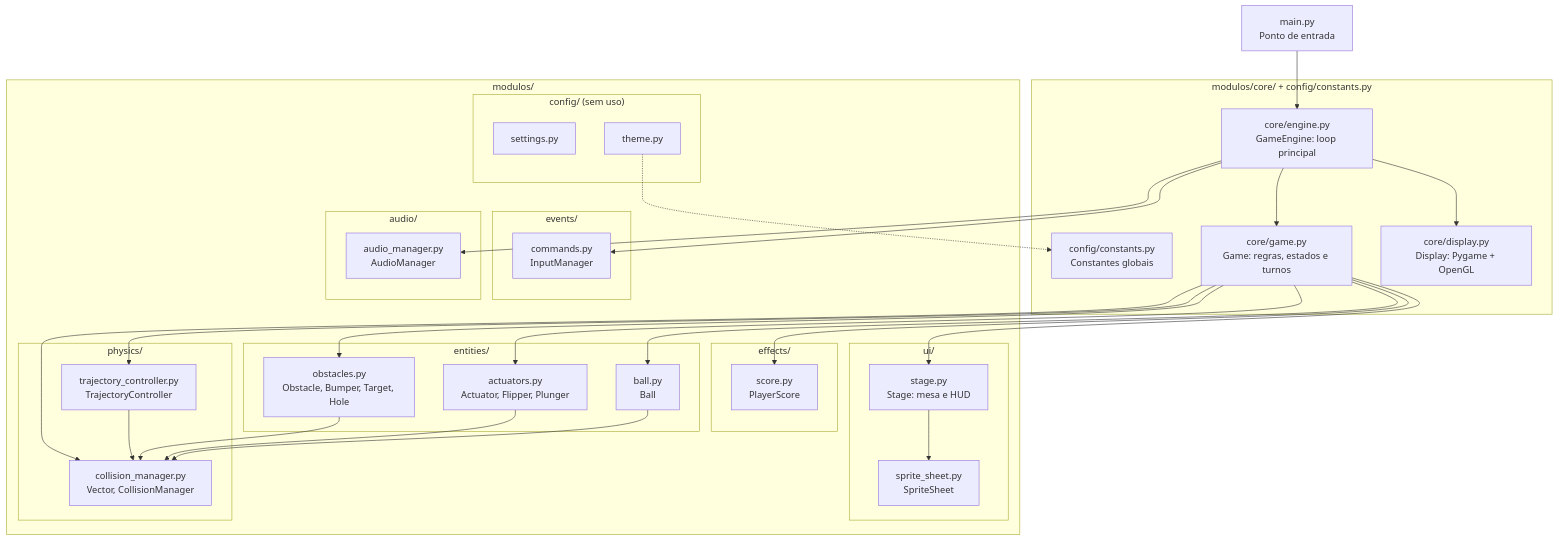
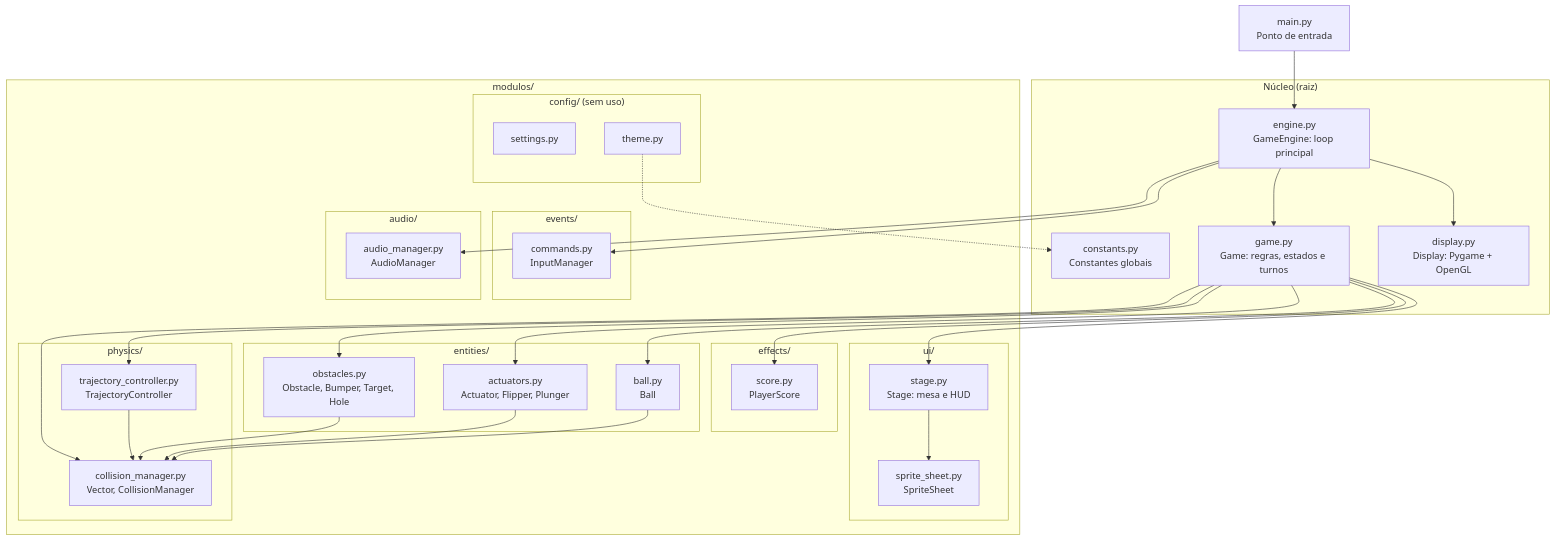
One commit to EthanAbner/TAC-III-Pinball changed the first of 2 diagrams in README.md. Above: the diagram before and after it, drawn with Mermaid. The commit also changed other lines of this file and 13 other files, not shown here.

````diff
--- a/README.md
+++ b/README.md
@@ -109,58 +129,58 @@
 ```mermaid
 flowchart TD
     MAIN["main.py<br/>Ponto de entrada"] --> ENGINE
 
-    subgraph NUCLEO["modulos/core/ + config/constants.py"]
-        ENGINE["core/engine.py<br/>GameEngine: loop principal"]
-        GAME["core/game.py<br/>Game: regras, estados e turnos"]
-        DISPLAY["core/display.py<br/>Display: Pygame + OpenGL"]
-        CONST["config/constants.py<br/>Constantes globais"]
+    subgraph NUCLEO["Núcleo (raiz)"]
+        ENGINE["engine.py<br/>GameEngine: loop principal"]
+        GAME["game.py<br/>Game: regras, estados e turnos"]
+        DISPLAY["display.py<br/>Display: Pygame + OpenGL"]
+        CONST["constants.py<br/>Constantes globais"]
     end
 
     subgraph MODULOS["modulos/"]
         subgraph EVENTS["events/"]
             COMMANDS["commands.py<br/>InputManager"]
         end
         subgraph AUDIO["audio/"]
             AUDIOM["audio_manager.py<br/>AudioManager"]
         end
         subgraph UI["ui/"]
             STAGE["stage.py<br/>Stage: mesa e HUD"]
             SPRITE["sprite_sheet.py<br/>SpriteSheet"]
         end
         subgraph EFFECTS["effects/"]
             SCORE["score.py<br/>PlayerScore"]
         end
         subgraph ENTITIES["entities/"]
             BALL["ball.py<br/>Ball"]
             ACT["actuators.py<br/>Actuator, Flipper, Plunger"]
             OBS["obstacles.py<br/>Obstacle, Bumper, Target, Hole"]
         end
         subgraph PHYSICS["physics/"]
             TRAJ["trajectory_controller.py<br/>TrajectoryController"]
             COLL["collision_manager.py<br/>Vector, CollisionManager"]
         end
         subgraph CONFIG["config/ (sem uso)"]
             SETTINGS["settings.py"]
             THEME["theme.py"]
         end
     end
 
     ENGINE --> DISPLAY
     ENGINE --> GAME
     ENGINE --> COMMANDS
     ENGINE --> AUDIOM
     GAME --> STAGE
     GAME --> SCORE
     GAME --> BALL
     GAME --> ACT
     GAME --> OBS
     GAME --> TRAJ
     GAME --> COLL
     STAGE --> SPRITE
     BALL --> COLL
     ACT --> COLL
     OBS --> COLL
     TRAJ --> COLL
     THEME -.-> CONST
 ```
````
